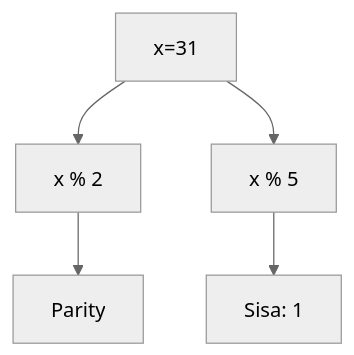
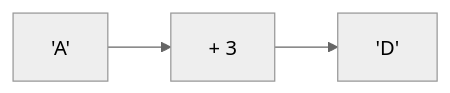
Before and after one commit to amnahwaida/OSNK_INF_PREP: diagram 20 of 25 in part-c-pemahaman-cpp/03-perulangan/latihan/set-03.md, drawn with Mermaid (neutral theme). The commit also changed other lines of this file and 71 other files, not shown here.

Commit message:
Fixed Mermaid syntax lexical errors with quoted labels in 1,800 questions

````diff
--- a/part-c-pemahaman-cpp/03-perulangan/latihan/set-03.md
+++ b/part-c-pemahaman-cpp/03-perulangan/latihan/set-03.md
@@ -596,7 +625,5 @@
 ```mermaid
-graph TD
-A[x=31] --> B[x % 2]
-B --> C[Parity]
-A --> D[x % 5]
-D --> E[Sisa: 1]
+graph LR
+A["'A'"] --> B["+ 3"]
+B --> C["'D'"]
 ```
````
